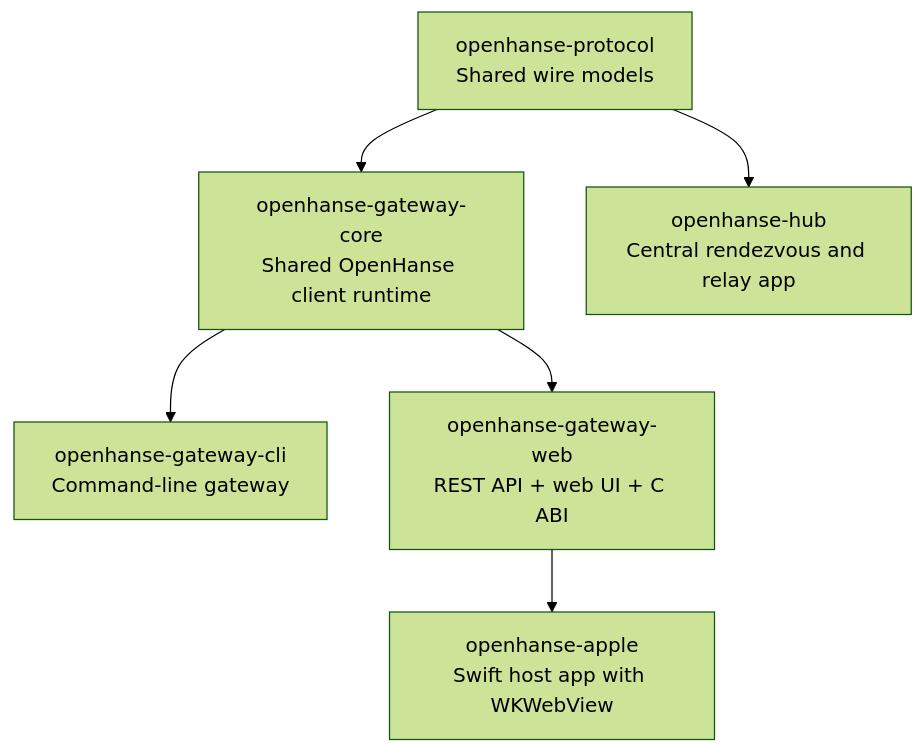
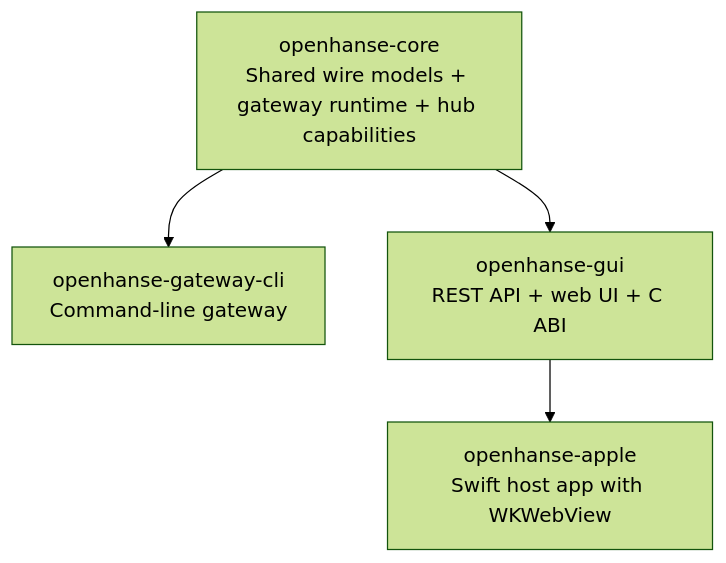
The first of 2 diagrams in README.md (OpenHanse/openhanse), drawn with Mermaid (forest theme) before and after one commit. The commit also changed other lines of this file and 62 other files, not shown here.

````diff
--- a/README.md
+++ b/README.md
@@ -41,15 +43,11 @@
 ```mermaid
 graph TD
-    Protocol["openhanse-protocol<br/>Shared wire models"]
-    GatewayCore["openhanse-gateway-core<br/>Shared OpenHanse client runtime"]
-    GatewayCli["openhanse-gateway-cli<br/>Command-line gateway"]
-    GatewayWeb["openhanse-gateway-web<br/>REST API + web UI + C ABI"]
-    Hub["openhanse-hub<br/>Central rendezvous and relay app"]
+    Core["openhanse-core<br/>Shared wire models + gateway runtime + hub capabilities"]
+    Cli["openhanse-gateway-cli<br/>Command-line gateway"]
+    Gui["openhanse-gui<br/>REST API + web UI + C ABI"]
     Apple["openhanse-apple<br/>Swift host app with WKWebView"]
 
-    Protocol --> Hub
-    Protocol --> GatewayCore
-    GatewayCore --> GatewayCli
-    GatewayCore --> GatewayWeb
-    GatewayWeb --> Apple
+    Core --> Cli
+    Core --> Gui
+    Gui --> Apple
 ```
````
